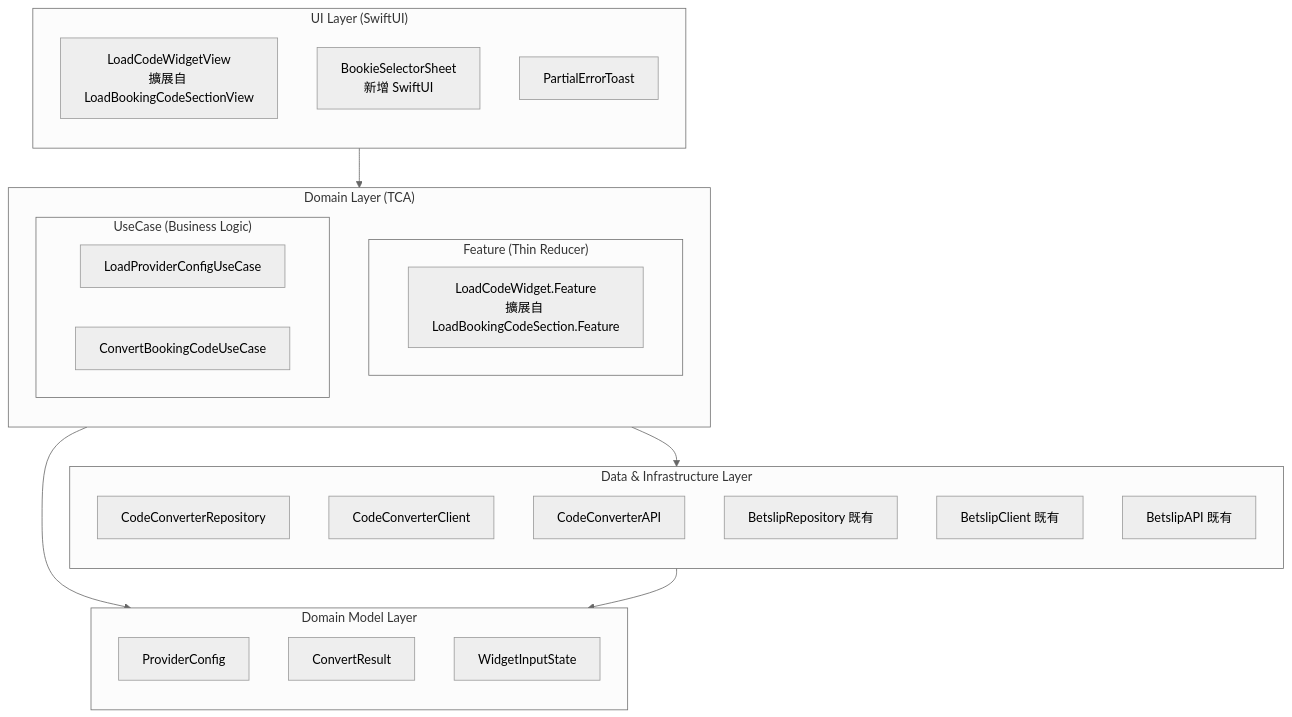
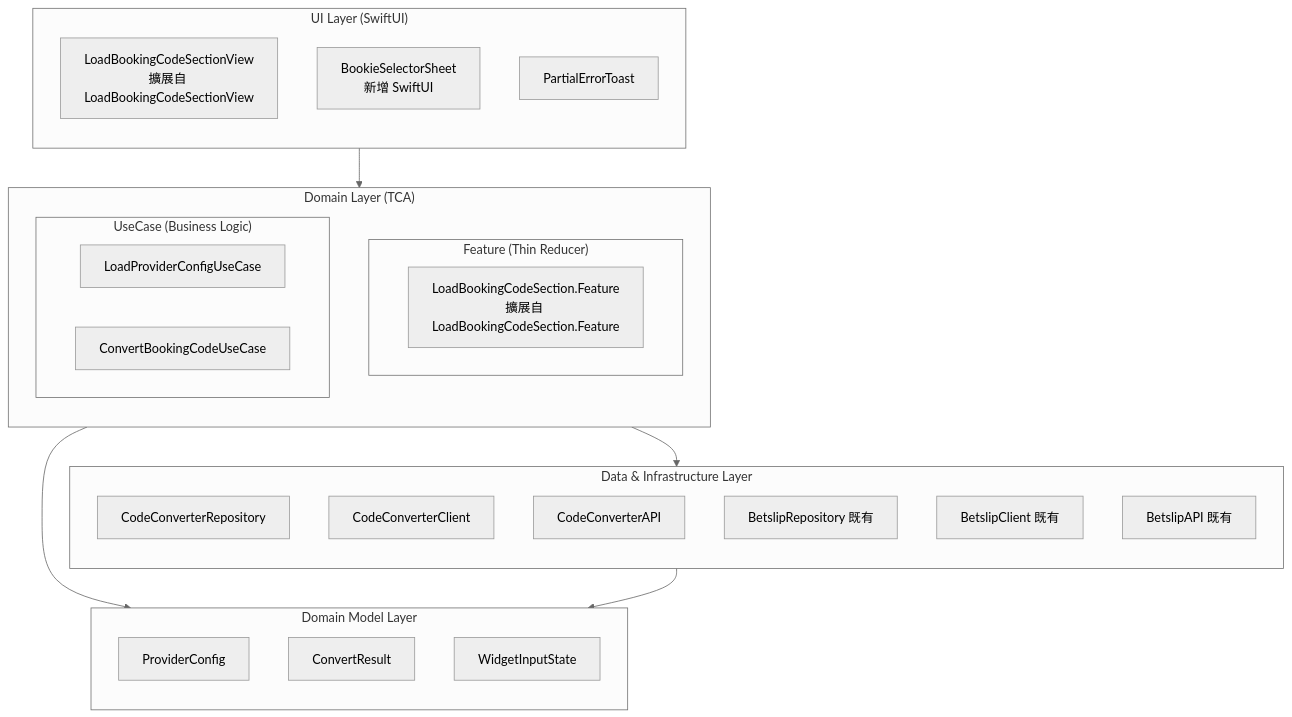
One commit to HsinChungHan/Code_Converter_TDD changed the diagram in TDD/02_Architecture/01_clean_architecture_diagram.md. Above: the diagram before and after it, drawn with Mermaid (neutral theme). The commit also changed other lines of this file and 38 other files, not shown here.

````diff
--- a/TDD/02_Architecture/01_clean_architecture_diagram.md
+++ b/TDD/02_Architecture/01_clean_architecture_diagram.md
@@ -5,42 +5,42 @@
 ```mermaid
 flowchart TB
     subgraph UI["UI Layer (SwiftUI)"]
         direction TB
-        LCW[LoadCodeWidgetView<br/>擴展自 LoadBookingCodeSectionView]
+        LCW[LoadBookingCodeSectionView<br/>擴展自 LoadBookingCodeSectionView]
         BSS[BookieSelectorSheet<br/>新增 SwiftUI]
         Toast[PartialErrorToast]
     end
     
     subgraph Domain["Domain Layer (TCA)"]
         direction TB
         subgraph Feature["Feature (Thin Reducer)"]
-            LCF[LoadCodeWidget.Feature<br/>擴展自 LoadBookingCodeSection.Feature]
+            LCF[LoadBookingCodeSection.Feature<br/>擴展自 LoadBookingCodeSection.Feature]
         end
         subgraph UseCase["UseCase (Business Logic)"]
             LPC[LoadProviderConfigUseCase]
             CBC[ConvertBookingCodeUseCase]
         end
     end
     
     subgraph DomainModel["Domain Model Layer"]
         direction TB
         PC[ProviderConfig]
         CR[ConvertResult]
         WS[WidgetInputState]
     end
     
     subgraph Data["Data & Infrastructure Layer"]
         direction TB
         CCR[CodeConverterRepository]
         CCC[CodeConverterClient]
         CCA[CodeConverterAPI]
         BR[BetslipRepository 既有]
         BC[BetslipClient 既有]
         BA[BetslipAPI 既有]
     end
     
     UI --> Domain
     Domain --> DomainModel
     Domain --> Data
     Data --> DomainModel
 ```
````
